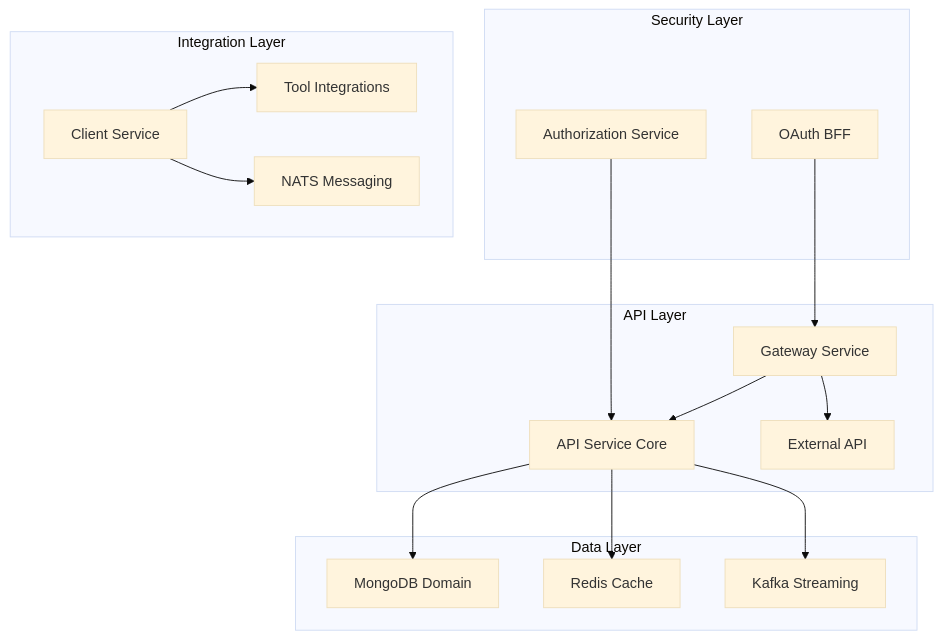
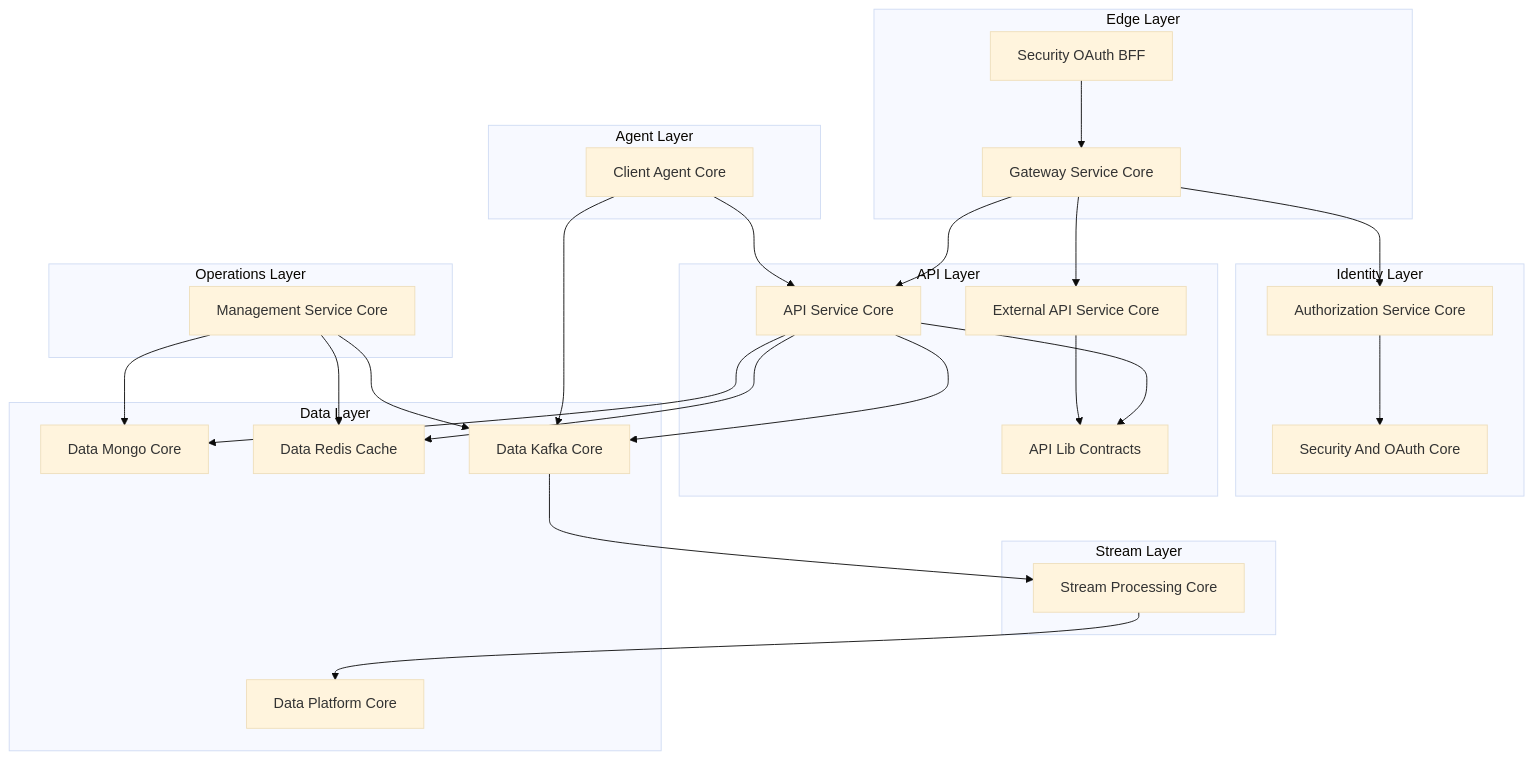
One commit to flamingo-stack/openframe-oss-lib changed the diagram in docs/getting-started/introduction.md. Above: the diagram before and after it, drawn with Mermaid (base theme). The commit also changed other lines of this file and 172 other files, not shown here.

````diff
--- a/docs/getting-started/introduction.md
+++ b/docs/getting-started/introduction.md
@@ -46,35 +53,61 @@
 ```mermaid
 flowchart TD
-    subgraph "Security Layer"
-        Auth["Authorization Service"]
-        OAuth["OAuth BFF"]
+    subgraph "Edge Layer"
+        Gateway["Gateway Service Core"]
+        BFF["Security OAuth BFF"]
     end
-    
+
+    subgraph "Identity Layer"
+        Auth["Authorization Service Core"]
+        SecurityCore["Security And OAuth Core"]
+    end
+
     subgraph "API Layer"
-        Gateway["Gateway Service"]
-        API["API Service Core"]
-        External["External API"]
+        ApiService["API Service Core"]
+        ExternalApi["External API Service Core"]
+        Contracts["API Lib Contracts"]
     end
-    
+
+    subgraph "Agent Layer"
+        ClientCore["Client Agent Core"]
+    end
+
     subgraph "Data Layer"
-        Mongo["MongoDB Domain"]
-        Redis["Redis Cache"]
-        Kafka["Kafka Streaming"]
+        Mongo["Data Mongo Core"]
+        Redis["Data Redis Cache"]
+        Kafka["Data Kafka Core"]
+        PlatformData["Data Platform Core"]
     end
-    
-    subgraph "Integration Layer"
-        Client["Client Service"]
-        Tools["Tool Integrations"]
-        NATS["NATS Messaging"]
+
+    subgraph "Stream Layer"
+        StreamCore["Stream Processing Core"]
     end
-    
-    Auth --> API
-    OAuth --> Gateway
-    Gateway --> API
-    Gateway --> External
-    API --> Mongo
-    API --> Redis
-    API --> Kafka
-    Client --> Tools
-    Client --> NATS
+
+    subgraph "Operations Layer"
+        Management["Management Service Core"]
+    end
+
+    BFF --> Gateway
+    Gateway --> ApiService
+    Gateway --> ExternalApi
+    Gateway --> Auth
+
+    Auth --> SecurityCore
+
+    ApiService --> Contracts
+    ExternalApi --> Contracts
+
+    ApiService --> Mongo
+    ApiService --> Redis
+    ApiService --> Kafka
+
+    ClientCore --> Kafka
+    ClientCore --> ApiService
+
+    Kafka --> StreamCore
+    StreamCore --> PlatformData
+
+    Management --> Kafka
+    Management --> Mongo
+    Management --> Redis
 ```
````
